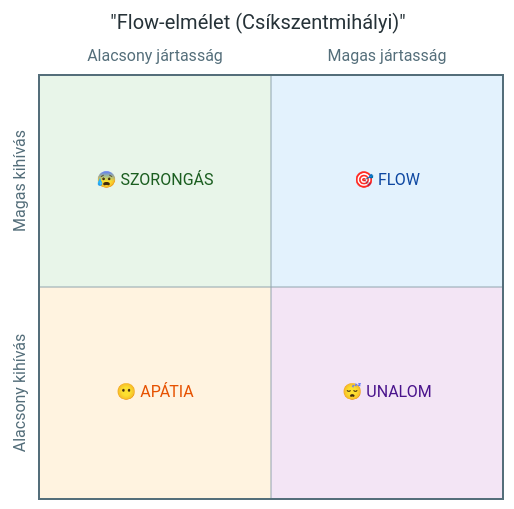
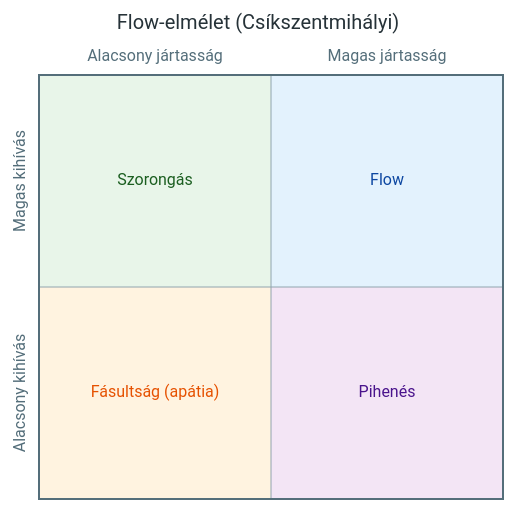
One commit to denespocsik/MM_BSC_Zarovizsga changed the third of 3 diagrams in Tételek/K06-GMXMD1MBLF-Motivációs elméletek.tétel.md. Above: the diagram before and after it, drawn with Mermaid. The commit also changed other lines of this file and 2 other files, not shown here.

````diff
--- a/Tételek/K06-GMXMD1MBLF-Motivációs elméletek.tétel.md
+++ b/Tételek/K06-GMXMD1MBLF-Motivációs elméletek.tétel.md
@@ -119,11 +166,11 @@
 ```mermaid
 %%{init: {'theme':'base','themeVariables':{'quadrant1Fill':'#e3f2fd','quadrant2Fill':'#e8f5e9','quadrant3Fill':'#fff3e0','quadrant4Fill':'#f3e5f5','quadrant1TextFill':'#0d47a1','quadrant2TextFill':'#1b5e20','quadrant3TextFill':'#e65100','quadrant4TextFill':'#4a148c','quadrantPointFill':'#546e7a','quadrantPointTextFill':'#263238','quadrantXAxisTextFill':'#546e7a','quadrantYAxisTextFill':'#546e7a','quadrantTitleFill':'#263238','quadrantInternalBorderStrokeFill':'#90a4ae','quadrantExternalBorderStrokeFill':'#546e7a'}}}%%
 quadrantChart
-    title "Flow-elmélet (Csíkszentmihályi)"
+    title Flow-elmélet (Csíkszentmihályi)
     x-axis "Alacsony jártasság" --> "Magas jártasság"
     y-axis "Alacsony kihívás" --> "Magas kihívás"
-    quadrant-1 "🎯 FLOW"
-    quadrant-2 "😰 SZORONGÁS"
-    quadrant-3 "😶 APÁTIA"
-    quadrant-4 "😴 UNALOM"
+    quadrant-1 "Flow"
+    quadrant-2 "Szorongás"
+    quadrant-3 "Fásultság (apátia)"
+    quadrant-4 "Pihenés"
 ```
````
